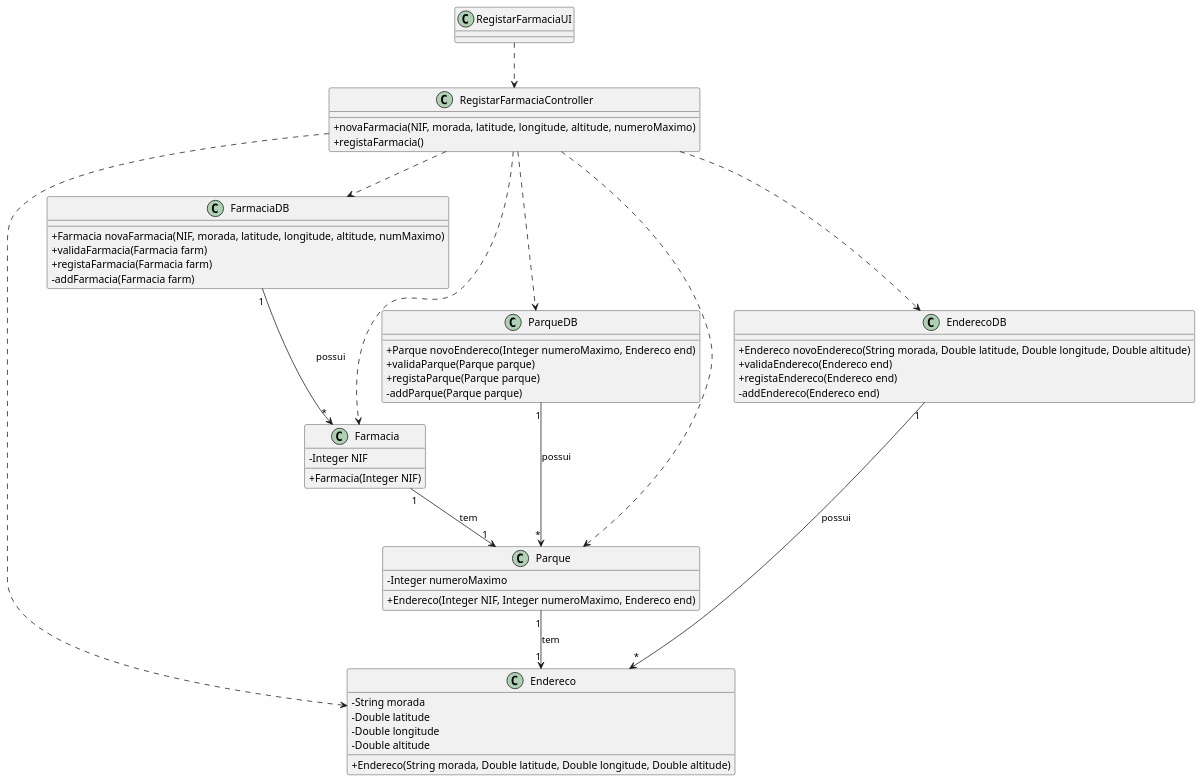
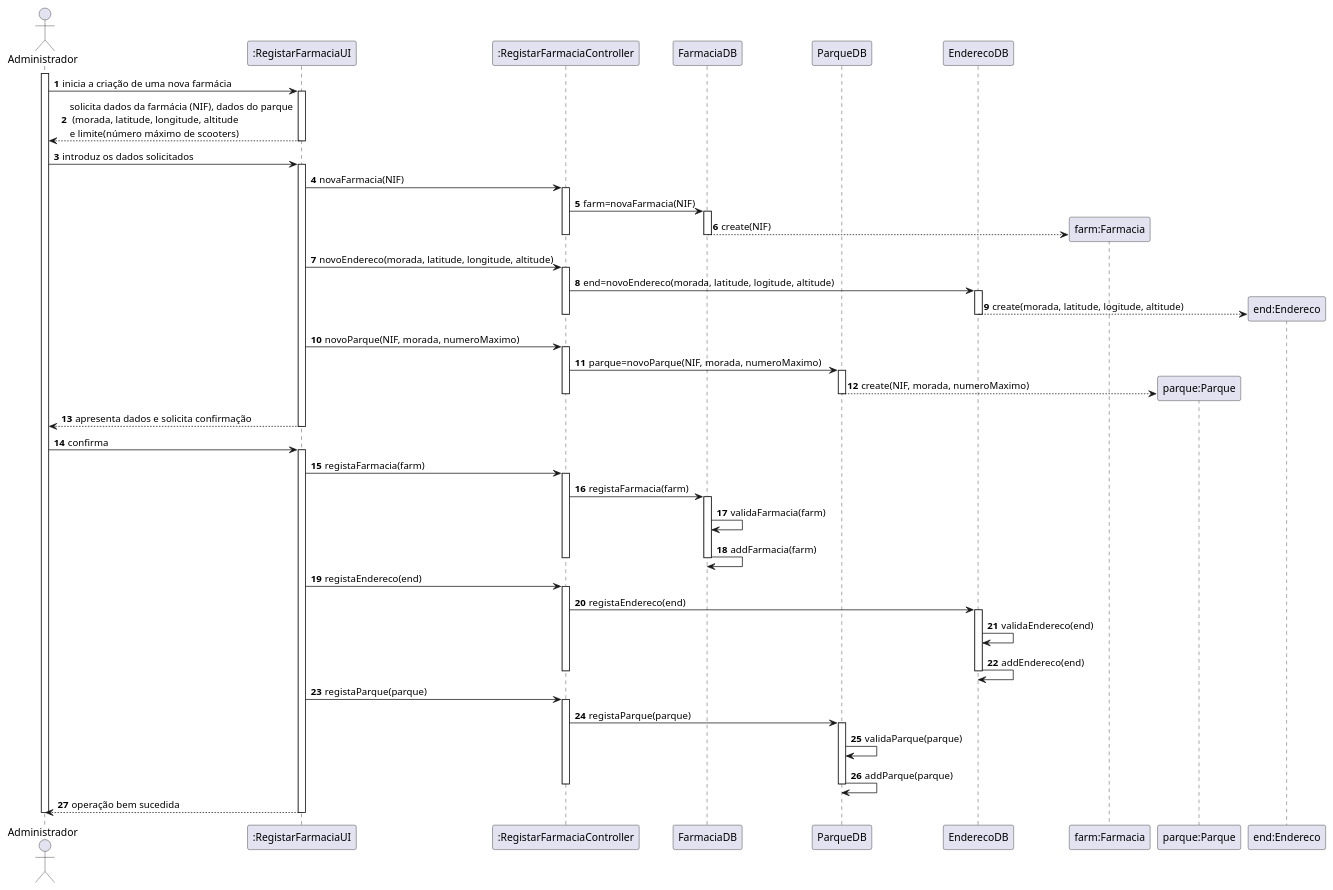
The diagram in docs/UC8/CD-REGISTAR FARMACIA.puml (pedrolemos4/LAPR3), drawn with PlantUML before and after one commit. The commit also changed 6 other files, not shown here.

Commit message:
LAP3AP4-8 #close Registar Farmacia [Review]

```diff
--- a/docs/UC8/CD-REGISTAR FARMACIA.puml
+++ b/docs/UC8/CD-REGISTAR FARMACIA.puml
@@ -1,67 +1,88 @@
 @startuml
-skinparam classAttributeIconSize 0
+autonumber
+actor "Administrador" as ADM
 
-class Farmacia {
-  -Integer NIF
-  +Farmacia(Integer NIF)
-}
+participant ":RegistarFarmaciaUI" as UI
+participant ":RegistarFarmaciaController" as CTRL
+participant "FarmaciaDB" as DB
+participant "ParqueDB" as PDB
+participant "EnderecoDB" as EDB
+participant "farm:Farmacia" as FARMACIA
+participant "parque:Parque" as PQ
+participant "end:Endereco" as END
 
-class Endereco {
-  -String morada
-  -Double latitude
-  -Double longitude
-  -Double altitude 
-  +Endereco(String morada, Double latitude, Double longitude, Double altitude)
-}
+activate ADM
+ADM -> UI : inicia a criação de uma nova farmácia
+activate UI
+UI --> ADM : solicita dados da farmácia (NIF), dados do parque\n (morada, latitude, longitude, altitude \ne limite(número máximo de scooters)
+deactivate UI
 
-class Parque {
-  -Integer numeroMaximo
-  +Endereco(Integer NIF, Integer numeroMaximo, Endereco end)
-}
+ADM -> UI : introduz os dados solicitados
+activate UI
+UI -> CTRL : novaFarmacia(NIF)
+activate CTRL
 
-class FarmaciaDB {
-  +Farmacia novaFarmacia(NIF, morada, latitude, longitude, altitude, numMaximo)
-  +validaFarmacia(Farmacia farm)
-  +registaFarmacia(Farmacia farm)
-  -addFarmacia(Farmacia farm)
-}
+CTRL -> DB: farm=novaFarmacia(NIF)
+activate DB
+DB --> FARMACIA ** : create(NIF)
+deactivate DB
+deactivate CTRL
 
-class EnderecoDB {
-  +Endereco novoEndereco(String morada, Double latitude, Double longitude, Double altitude)
-  +validaEndereco(Endereco end)
-  +registaEndereco(Endereco end)
-  -addEndereco(Endereco end)
-}
+UI -> CTRL : novoEndereco(morada, latitude, longitude, altitude)
+activate CTRL
+CTRL -> EDB: end=novoEndereco(morada, latitude, logitude, altitude)
+activate EDB
+EDB --> END ** : create(morada, latitude, logitude, altitude)
+deactivate EDB
+deactivate CTRL
 
-class ParqueDB {
-  +Parque novoEndereco(Integer numeroMaximo, Endereco end)
-  +validaParque(Parque parque)
-  +registaParque(Parque parque)
-  -addParque(Parque parque)
-}
+UI -> CTRL : novoParque(NIF, morada, numeroMaximo)
+activate CTRL
+CTRL -> PDB: parque=novoParque(NIF, morada, numeroMaximo)
+activate PDB
+PDB --> PQ ** : create(NIF, morada, numeroMaximo)
+deactivate PDB
 
-class RegistarFarmaciaController {
-  +novaFarmacia(NIF, morada, latitude, longitude, altitude, numeroMaximo)
-  +registaFarmacia()
-}
+deactivate CTRL
+UI --> ADM : apresenta dados e solicita confirmação
+deactivate UI
 
-class RegistarFarmaciaUI {
-  
-}
+ADM -> UI : confirma
+activate UI
 
-RegistarFarmaciaUI ..> RegistarFarmaciaController
-RegistarFarmaciaController ..> ParqueDB
-RegistarFarmaciaController ..> EnderecoDB
-RegistarFarmaciaController ..> FarmaciaDB
-RegistarFarmaciaController ..> Parque
-RegistarFarmaciaController ..> Endereco
-RegistarFarmaciaController ..> Farmacia
+UI -> CTRL: registaFarmacia(farm)
+activate CTRL
+CTRL ->DB: registaFarmacia(farm)
+activate DB
+DB -> DB: validaFarmacia(farm)
+DB -> DB: addFarmacia(farm)
 
-ParqueDB "1" --> "*" Parque : possui
-EnderecoDB "1" --> "*" Endereco : possui
-FarmaciaDB "1" --> "*" Farmacia : possui
-Farmacia "1" --> "1" Parque : tem
-Parque "1" --> "1" Endereco : tem
+deactivate DB
+deactivate CTRL
 
+UI -> CTRL: registaEndereco(end)
+activate CTRL
+CTRL ->EDB: registaEndereco(end)
+activate EDB
+EDB -> EDB: validaEndereco(end)
+EDB -> EDB: addEndereco(end)
+
+deactivate EDB
+deactivate CTRL
+
+UI -> CTRL: registaParque(parque)
+activate CTRL
+CTRL ->PDB: registaParque(parque)
+activate PDB
+PDB -> PDB: validaParque(parque)
+PDB -> PDB: addParque(parque)
+
+deactivate PDB
+deactivate CTRL
+
+UI --> ADM : operação bem sucedida
+deactivate UI
+
+deactivate ADM
 
 @enduml
```
